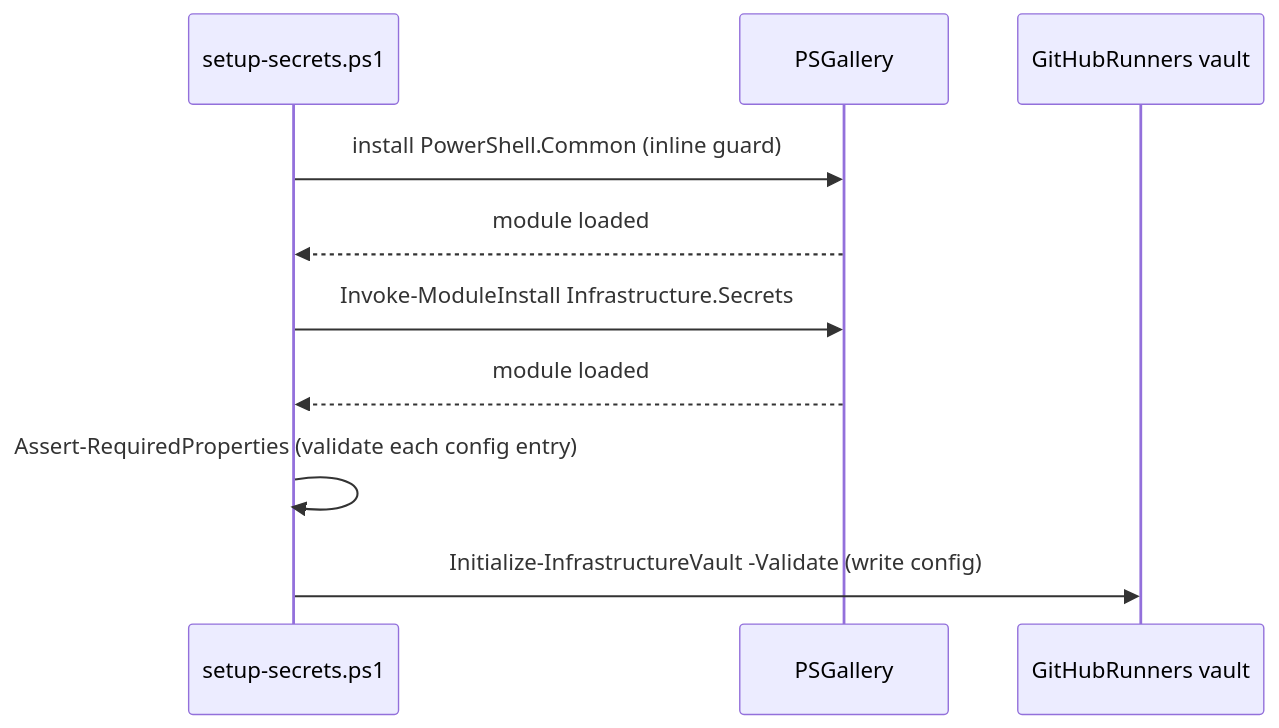
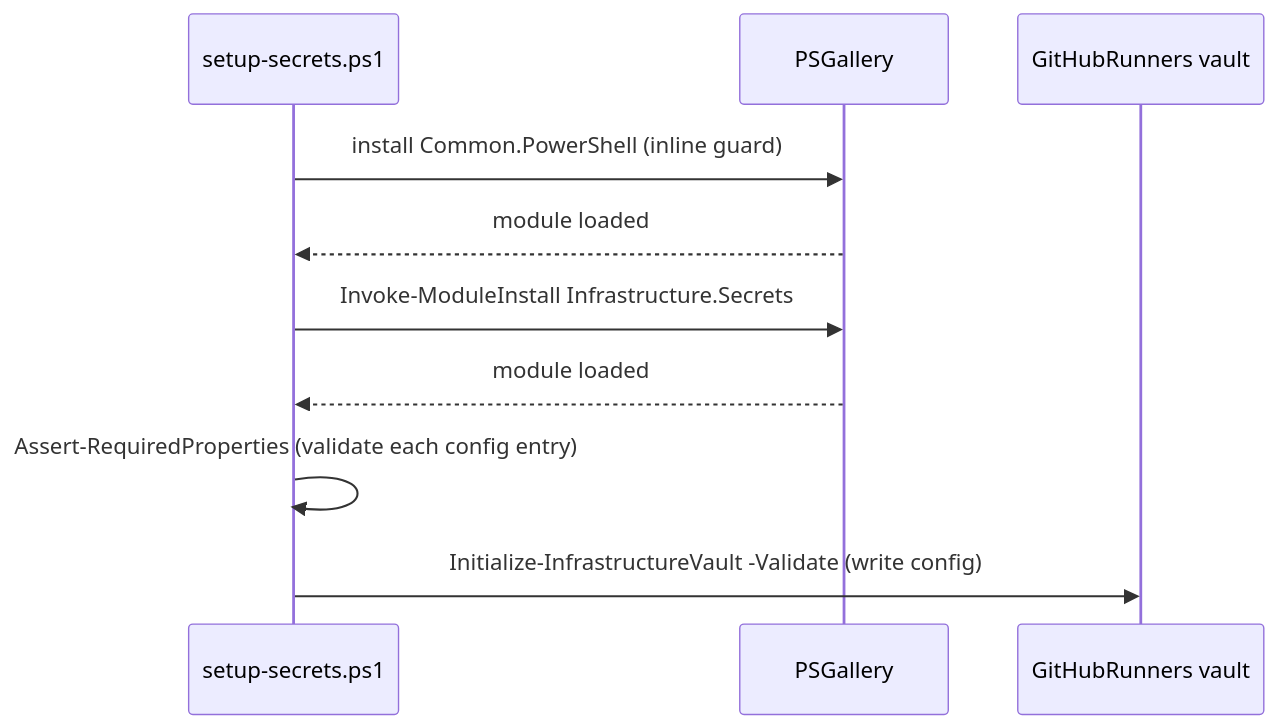
One commit to VitaliiAndreev/Infrastructure-GitHubRunners changed the first of 4 diagrams in docs/dev/implementation/01 - initial implementation/plan.md. Above: the diagram before and after it, drawn with Mermaid. The commit also changed other lines of this file and 34 other files, not shown here.

````diff
--- a/docs/dev/implementation/01 - initial implementation/plan.md
+++ b/docs/dev/implementation/01 - initial implementation/plan.md
@@ -143,13 +143,13 @@
 ```mermaid
 sequenceDiagram
     participant SS as setup-secrets.ps1
     participant PSG as PSGallery
     participant V as GitHubRunners vault
 
-    SS->>PSG: install PowerShell.Common (inline guard)
+    SS->>PSG: install Common.PowerShell (inline guard)
     PSG-->>SS: module loaded
     SS->>PSG: Invoke-ModuleInstall Infrastructure.Secrets
     PSG-->>SS: module loaded
     SS->>SS: Assert-RequiredProperties (validate each config entry)
     SS->>V: Initialize-InfrastructureVault -Validate (write config)
 ```
````
